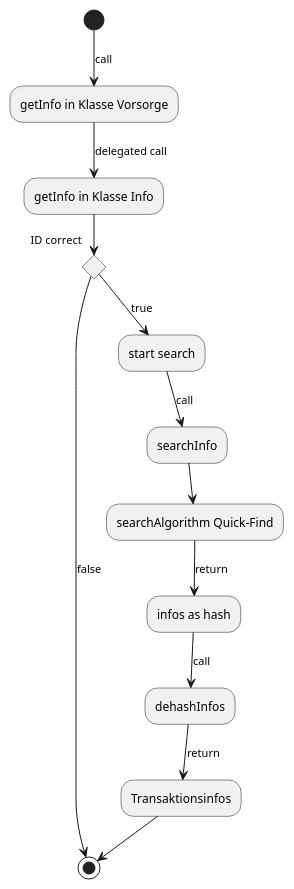
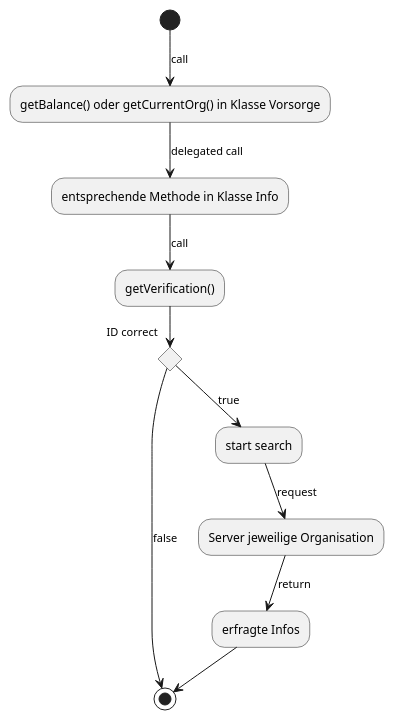
Before and after one commit to TK5-Tim/Unibas-BCC2019-VVS: the diagram in docs/VVS_activity_getInfo.puml, drawn with PlantUML. The commit also changed 9 other files, not shown here.

Commit message:
add comments + change diagrams

```diff
--- a/docs/VVS_activity_getInfo.puml
+++ b/docs/VVS_activity_getInfo.puml
@@ -1,15 +1,13 @@
 @startuml Aktivitätsdiagram getInfo
-(*) -->[call] "getInfo in Klasse Vorsorge"
- --> [delegated call]"getInfo in Klasse Info"
+(*) -->[call] "getBalance() oder getCurrentOrg() in Klasse Vorsorge"
+ --> [delegated call]"entsprechende Methode in Klasse Info"
+ --> [call] "getVerification()"
  if "ID correct" then 
     --> [true]"start search" as a1
  else 
  ->[false](*)
  endif 
- a1 -->[call] "searchInfo" 
- --> "searchAlgorithm Quick-Find" 
- --> [return] "infos as hash" 
- --> [call] "dehashInfos"
- --> [return] "Transaktionsinfos"
+ a1 -->[request] "Server jeweilige Organisation" 
+ --> [return] "erfragte Infos"
  -->(*)
 @enduml
```
